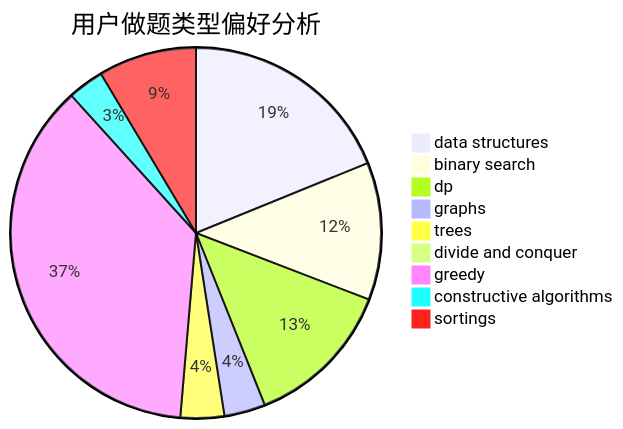
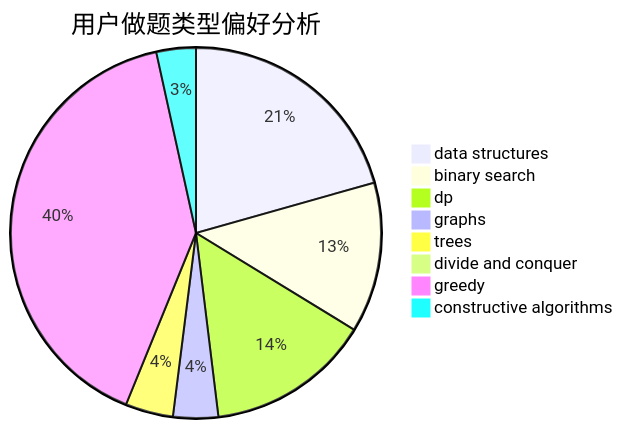
Before and after one commit to sherpahu/cfrs.github.io: the second of 3 diagrams in docs/user/u1021.md, drawn with Mermaid. The commit also changed other lines of this file and 2769 other files, not shown here.

````diff
--- a/docs/user/u1021.md
+++ b/docs/user/u1021.md
@@ -18,12 +18,11 @@
 ```mermaid
 pie title 用户做题类型偏好分析
     "data structures" :  341
     "binary search" :  217
     "dp" :  237
     "graphs" :  65
     "trees" :  69
     "divide and conquer" :  0
     "greedy" :  668
     "constructive algorithms" :  57
-    "sortings" :  155
 ```
````
